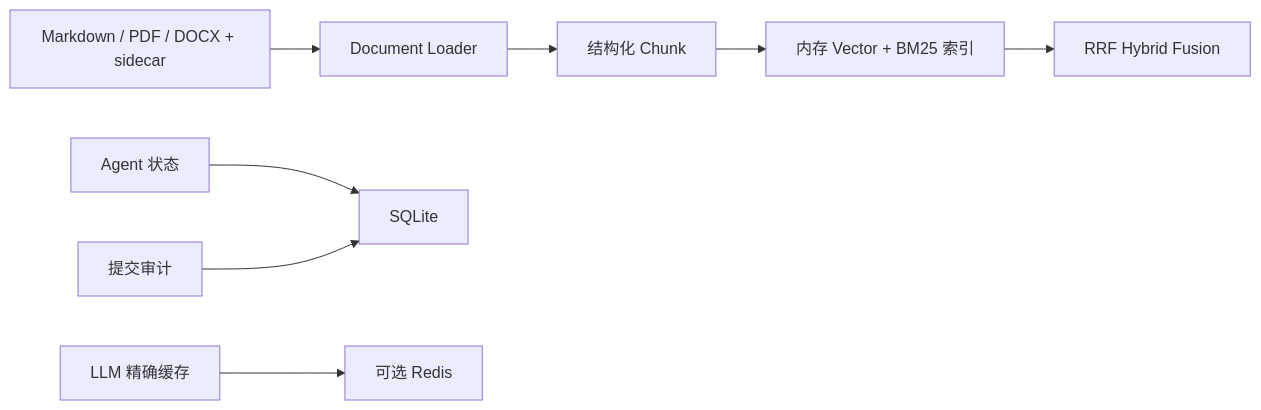
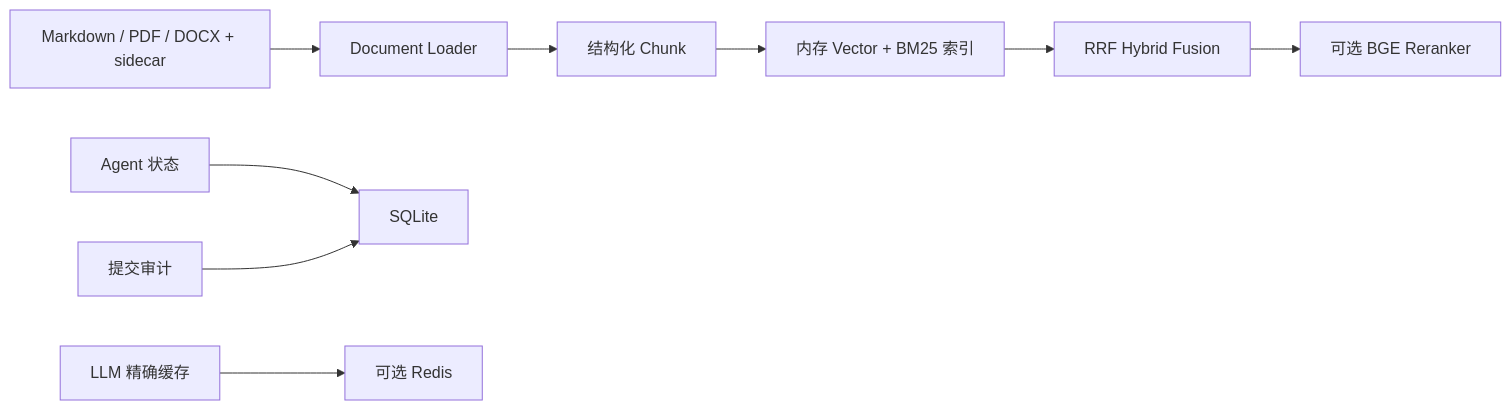
One commit to greyle12/enterprise-policy-agent changed the third of 3 diagrams in docs/system_architecture.md. Above: the diagram before and after it, drawn with Mermaid. The commit also changed other lines of this file and 32 other files, not shown here.

````diff
--- a/docs/system_architecture.md
+++ b/docs/system_architecture.md
@@ -89,10 +89,11 @@
 ```mermaid
 flowchart LR
     Policies["Markdown / PDF / DOCX + sidecar"] --> Loader["Document Loader"]
     Loader --> Chunks["结构化 Chunk"]
     Chunks --> Index["内存 Vector + BM25 索引"]
     Index --> Fusion["RRF Hybrid Fusion"]
+    Fusion --> Reranker["可选 BGE Reranker"]
     AgentState["Agent 状态"] --> SQLite["SQLite"]
     Audit["提交审计"] --> SQLite
     Cache["LLM 精确缓存"] --> Redis["可选 Redis"]
 ```
````
